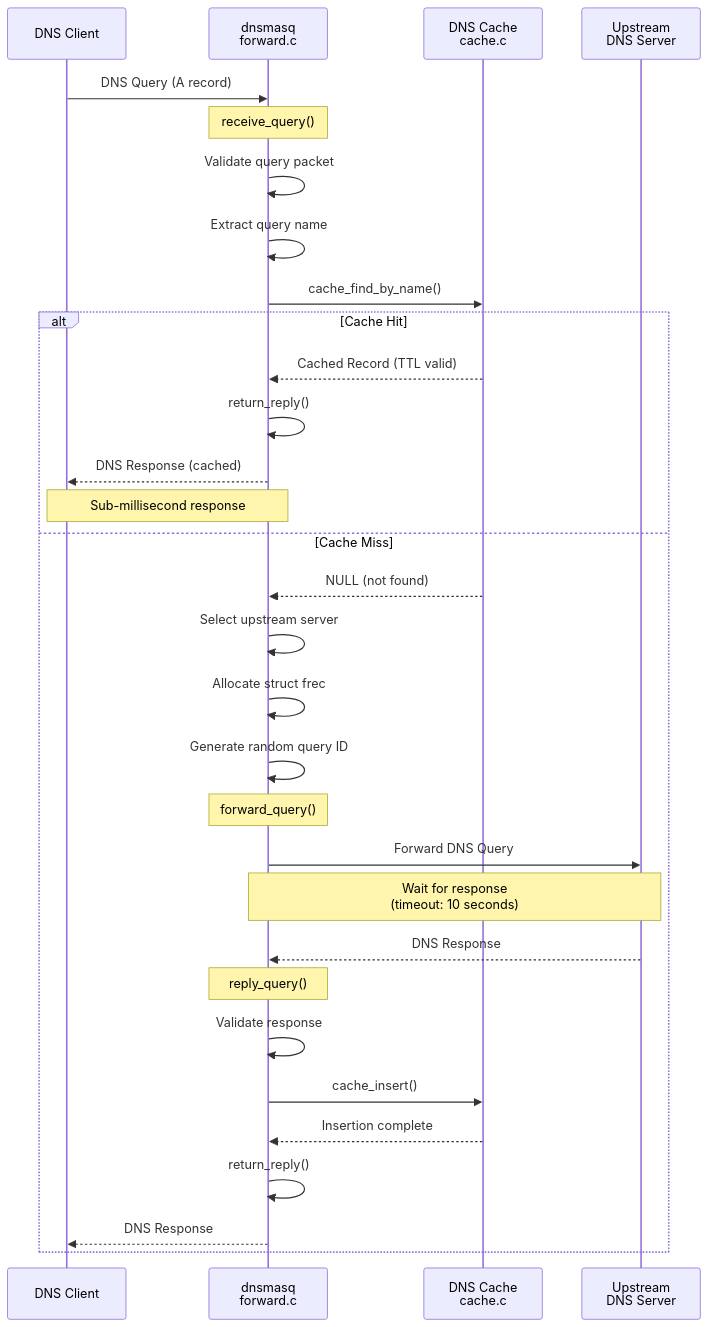
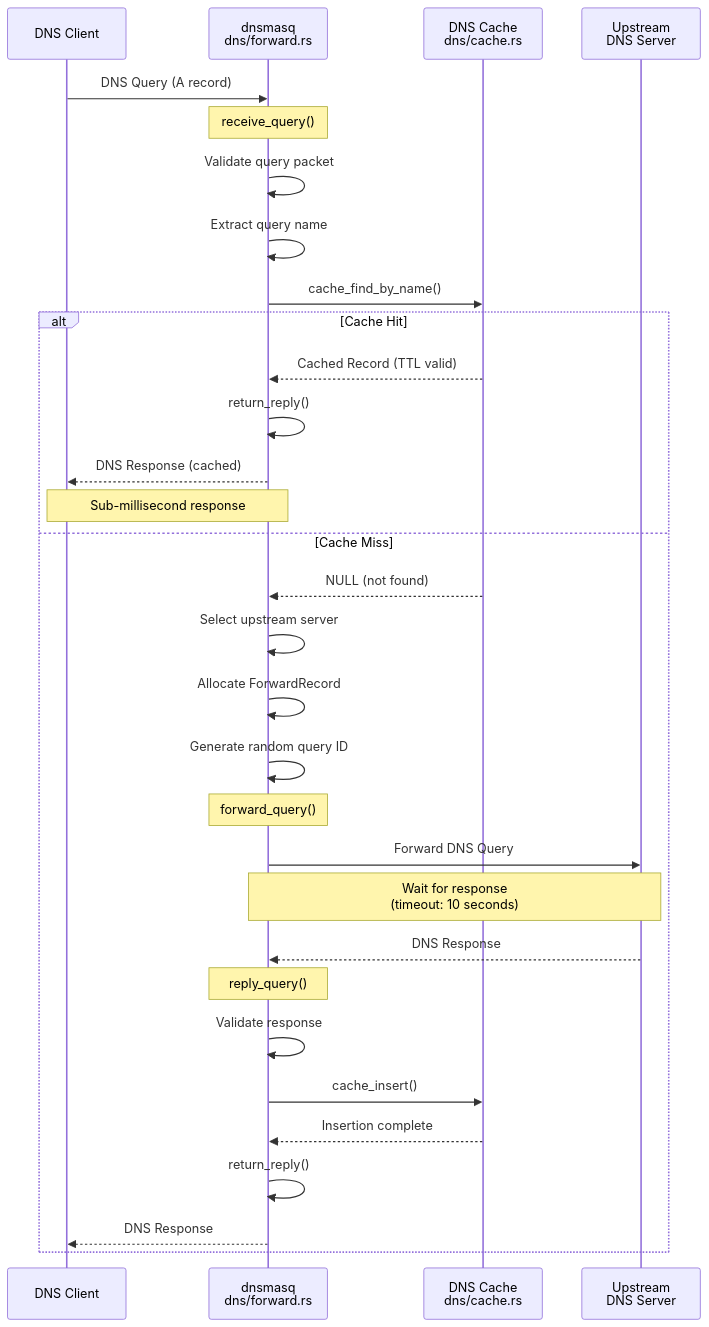
Before and after one commit to blitzy-public-samples/blitzy-dnsmasq: the second of 4 diagrams in docs/DNS_FORWARDING.md, drawn with Mermaid. The commit also changed other lines of this file, not shown here.

First line of the commit message:
Update docs/DNS_FORWARDING.md: Replace all C source references with Rust module equivalents

````diff
--- a/docs/DNS_FORWARDING.md
+++ b/docs/DNS_FORWARDING.md
@@ -100,35 +100,35 @@
 ```mermaid
 sequenceDiagram
     participant C as DNS Client
-    participant D as dnsmasq<br/>forward.c
-    participant Cache as DNS Cache<br/>cache.c
+    participant D as dnsmasq<br/>dns/forward.rs
+    participant Cache as DNS Cache<br/>dns/cache.rs
     participant U as Upstream<br/>DNS Server
     
     C->>D: DNS Query (A record)
     Note over D: receive_query()
     D->>D: Validate query packet
     D->>D: Extract query name
     D->>Cache: cache_find_by_name()
     
     alt Cache Hit
         Cache-->>D: Cached Record (TTL valid)
         D->>D: return_reply()
         D-->>C: DNS Response (cached)
         Note over C,D: Sub-millisecond response
     else Cache Miss
         Cache-->>D: NULL (not found)
         D->>D: Select upstream server
-        D->>D: Allocate struct frec
+        D->>D: Allocate ForwardRecord
         D->>D: Generate random query ID
         Note over D: forward_query()
         D->>U: Forward DNS Query
         Note over D,U: Wait for response<br/>(timeout: 10 seconds)
         U-->>D: DNS Response
         Note over D: reply_query()
         D->>D: Validate response
         D->>Cache: cache_insert()
         Cache-->>D: Insertion complete
         D->>D: return_reply()
         D-->>C: DNS Response
     end
 ```
````
